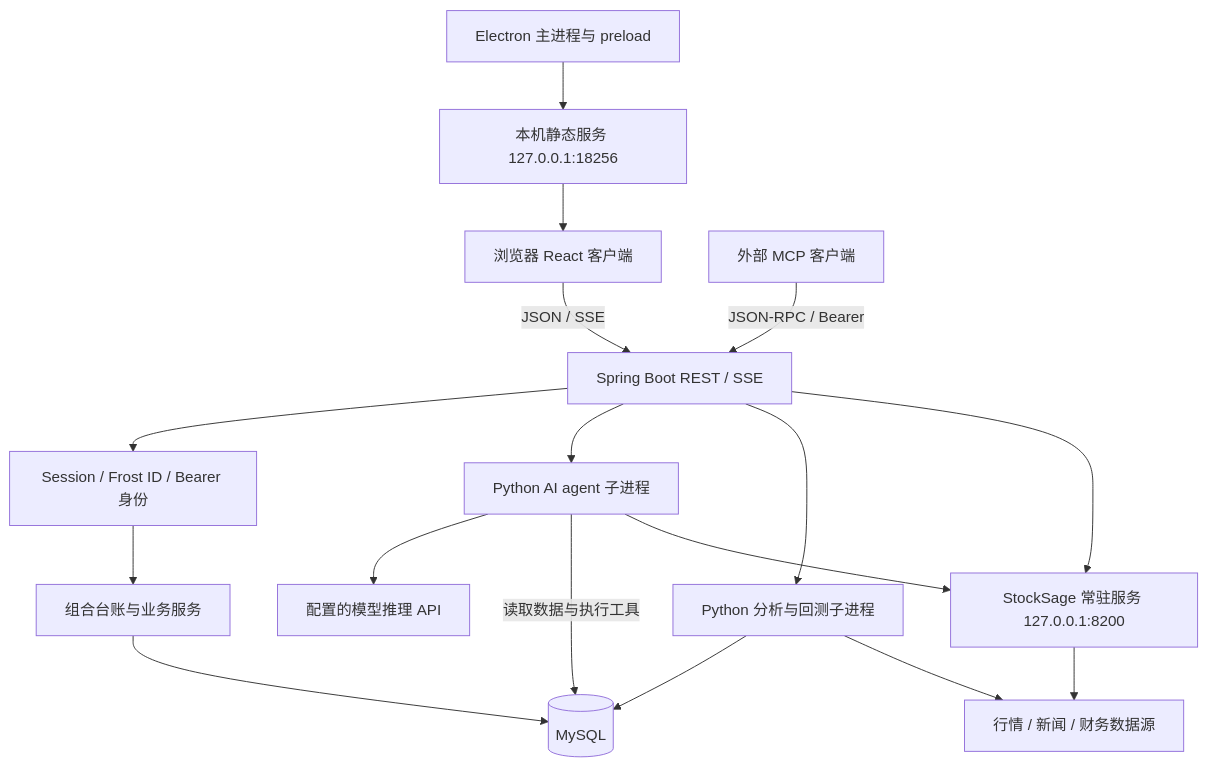
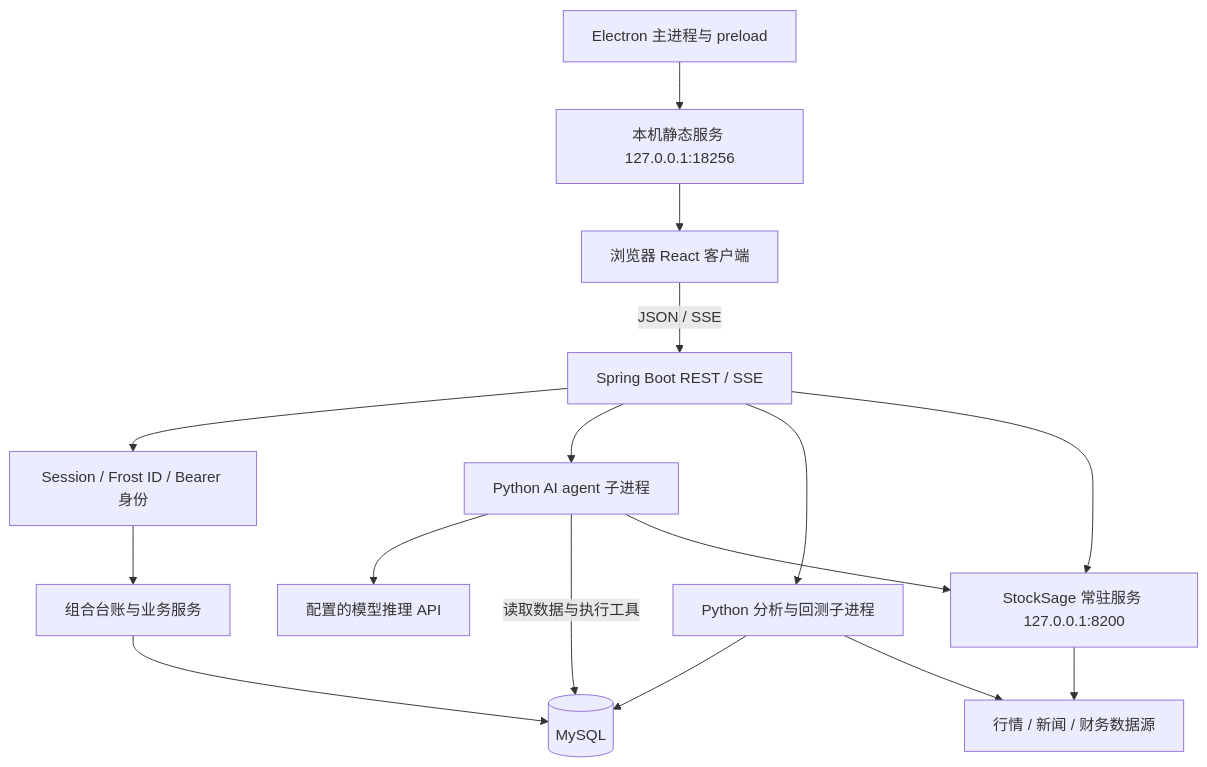
Before and after one commit to Frostrain5015/Investory: the diagram in docs/architecture.md, drawn with Mermaid. The commit also changed other lines of this file and 52 other files, not shown here.

````diff
--- a/docs/architecture.md
+++ b/docs/architecture.md
@@ -26,27 +26,25 @@
 ```mermaid
 flowchart TD
     Browser[浏览器 React 客户端]
     Electron[Electron 主进程与 preload]
     Static[本机静态服务 127.0.0.1:18256]
     Java[Spring Boot REST / SSE]
     Auth[Session / Frost ID / Bearer 身份]
     Core[组合台账与业务服务]
     DB[(MySQL)]
     Agent[Python AI agent 子进程]
     Quant[Python 分析与回测子进程]
     Engine[StockSage 常驻服务 127.0.0.1:8200]
     Data[行情 / 新闻 / 财务数据源]
     Model[配置的模型推理 API]
-    MCP[外部 MCP 客户端]
 
     Electron --> Static --> Browser
     Browser -->|JSON / SSE| Java
-    MCP -->|JSON-RPC / Bearer| Java
     Java --> Auth --> Core --> DB
     Java --> Agent --> Model
     Java --> Quant --> DB
     Java --> Engine --> Data
     Agent -->|读取数据与执行工具| DB
     Agent --> Engine
     Quant --> Data
 ```
````
